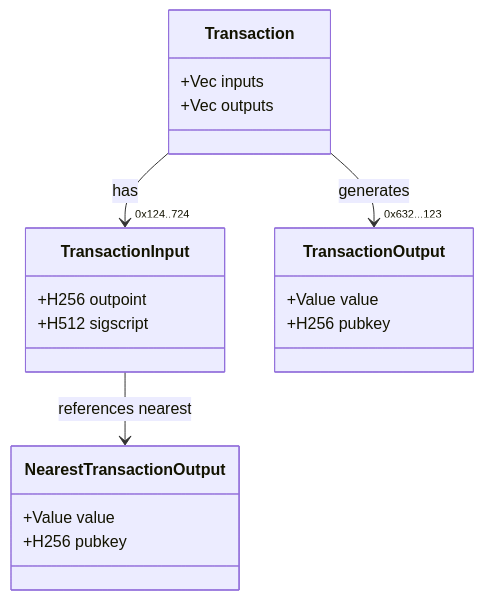
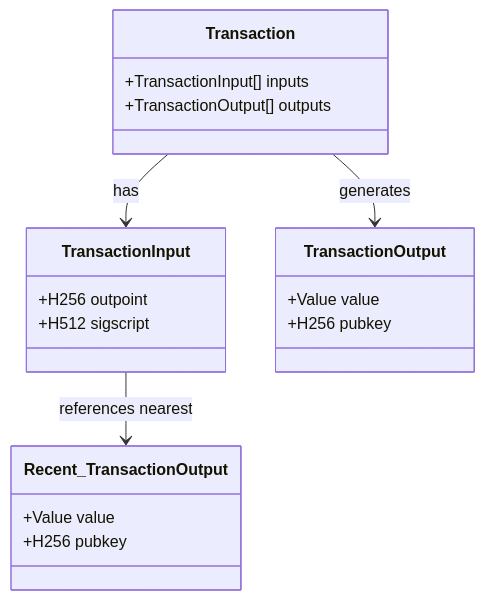
Before and after one commit to danielbui12/substrate-bitcoin-like-blockchain: the second of 2 diagrams in docs/utxo.md, drawn with Mermaid. The commit also changed other lines of this file and 8 other files, not shown here.

````diff
--- a/docs/utxo.md
+++ b/docs/utxo.md
@@ -34,29 +34,29 @@
 ```mermaid
 
 classDiagram
     class Transaction {
-        +Vec<TransactionInput> inputs
-        +Vec<TransactionOutput> outputs
+        +TransactionInput[] inputs
+        +TransactionOutput[] outputs
     }
 
     class TransactionInput {
         +H256 outpoint
         +H512 sigscript
     }
 
     class TransactionOutput {
         +Value value
         +H256 pubkey
     }
 
 
-    class NearestTransactionOutput {
+    class Recent_TransactionOutput {
         +Value value
         +H256 pubkey
     }
 
-    Transaction --> "0x124..724" TransactionInput : has
-    Transaction --> "0x632...123" TransactionOutput : generates
+    Transaction --> TransactionInput : has
+    Transaction --> TransactionOutput : generates
 
-    TransactionInput --> NearestTransactionOutput : references nearest
+    TransactionInput --> Recent_TransactionOutput : references nearest
 ```
````
